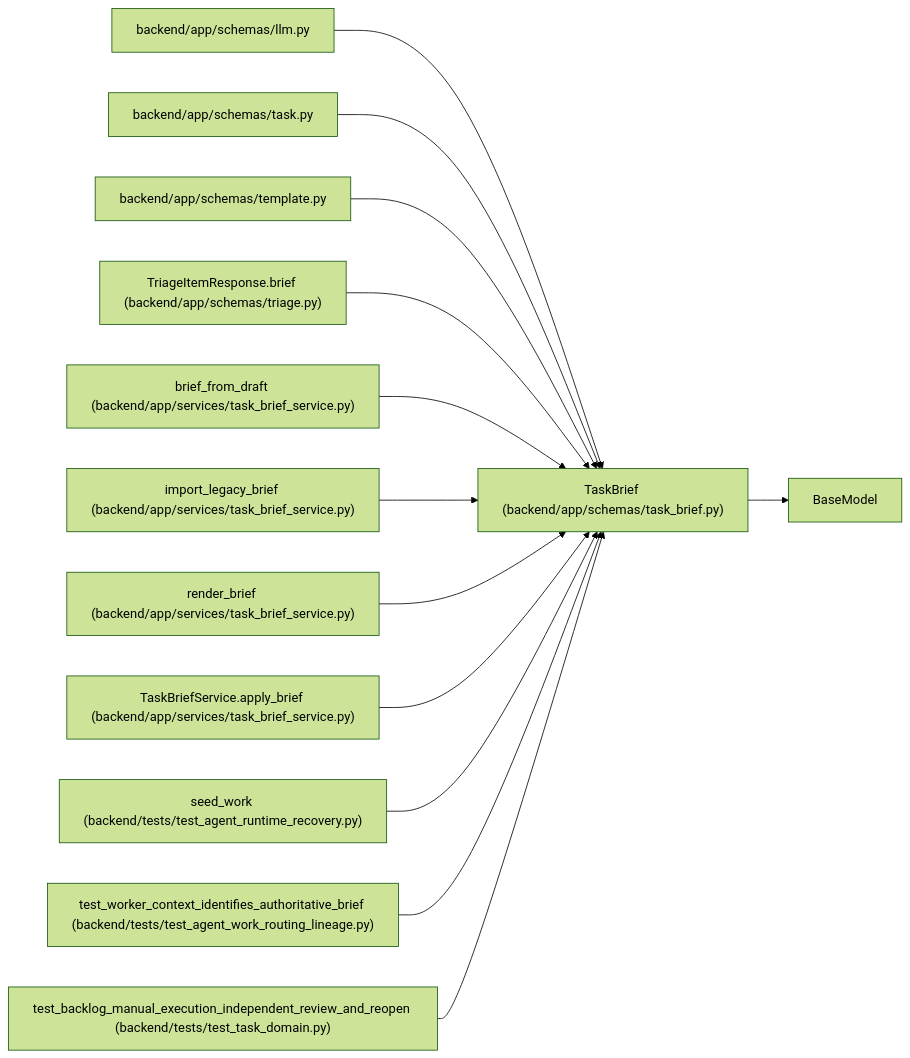
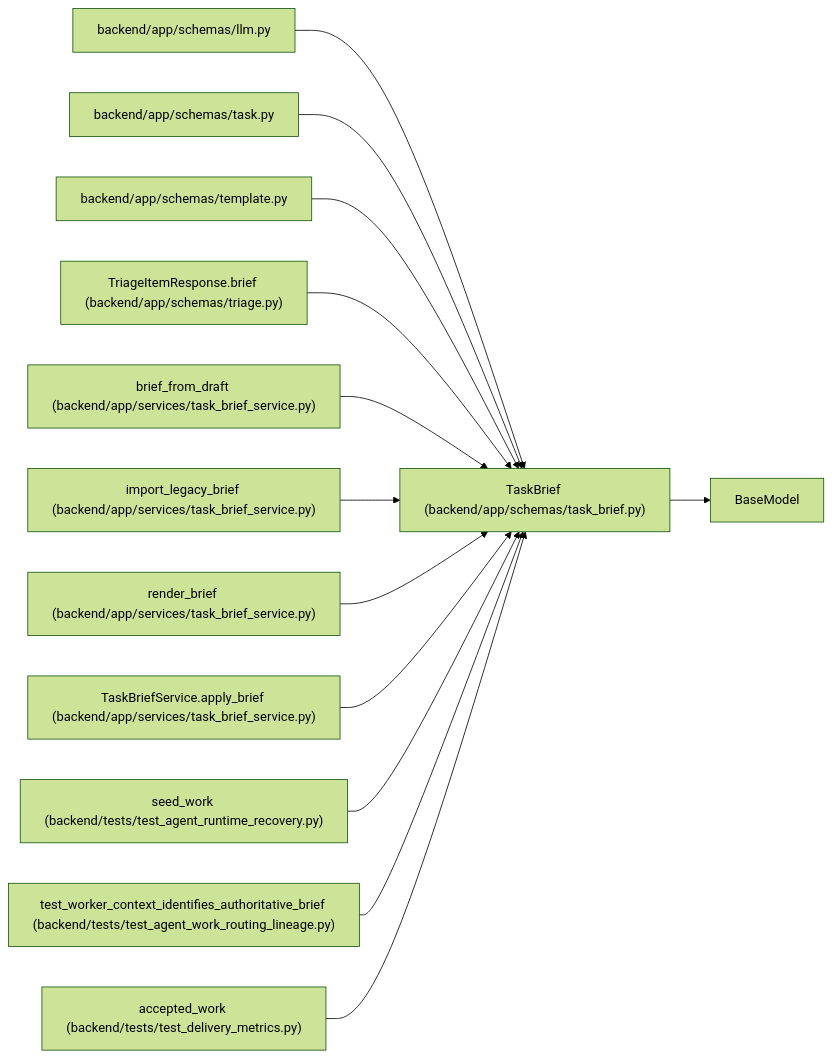
Before and after one commit to Denissvgn/WorkChord: the diagram in docs/llm_wiki/entities/schemas_task_brief_TaskBrief.md, drawn with Mermaid (forest theme). The commit also changed other lines of this file and 628 other files, not shown here.

````diff
--- a/docs/llm_wiki/entities/schemas_task_brief_TaskBrief.md
+++ b/docs/llm_wiki/entities/schemas_task_brief_TaskBrief.md
@@ -46,40 +46,40 @@
 ```mermaid
 flowchart LR
     n0["TaskBrief (backend/app/schemas/task_brief.py)"]
     n1["BaseModel"]
     n2["backend/app/schemas/llm.py"]
     n3["backend/app/schemas/task.py"]
     n4["backend/app/schemas/template.py"]
     n5["TriageItemResponse.brief (backend/app/schemas/triage.py)"]
     n6["brief_from_draft (backend/app/services/task_brief_service.py)"]
     n7["import_legacy_brief (backend/app/services/task_brief_service.py)"]
     n8["render_brief (backend/app/services/task_brief_service.py)"]
     n9["TaskBriefService.apply_brief (backend/app/services/task_brief_service.py)"]
     n10["seed_work (backend/tests/test_agent_runtime_recovery.py)"]
     n11["test_worker_context_identifies_authoritative_brief (backend/tests/test_agent_work_routing_lineage.py)"]
-    n12["test_backlog_manual_execution_independent_review_and_reopen (backend/tests/test_task_domain.py)"]
+    n12["accepted_work (backend/tests/test_delivery_metrics.py)"]
     n0 --> n1
     n2 --> n0
     n3 --> n0
     n4 --> n0
     n5 --> n0
     n6 --> n0
     n7 --> n0
     n8 --> n0
     n9 --> n0
     n10 --> n0
     n11 --> n0
     n12 --> n0
     click n0 "../modules/schemas_task_brief.md"
     click n2 "../modules/schemas_llm.md"
     click n3 "../modules/schemas_task.md"
     click n4 "../modules/schemas_template.md"
     click n5 "../modules/schemas_triage.md"
     click n6 "../modules/task_brief_service.md"
     click n7 "../modules/task_brief_service.md"
     click n8 "../modules/task_brief_service.md"
     click n9 "../modules/task_brief_service.md"
     click n10 "../modules/test_agent_runtime_recovery.md"
     click n11 "../modules/test_agent_work_routing_lineage.md"
-    click n12 "../modules/test_task_domain.md"
+    click n12 "../modules/test_delivery_metrics.md"
 ```
````
